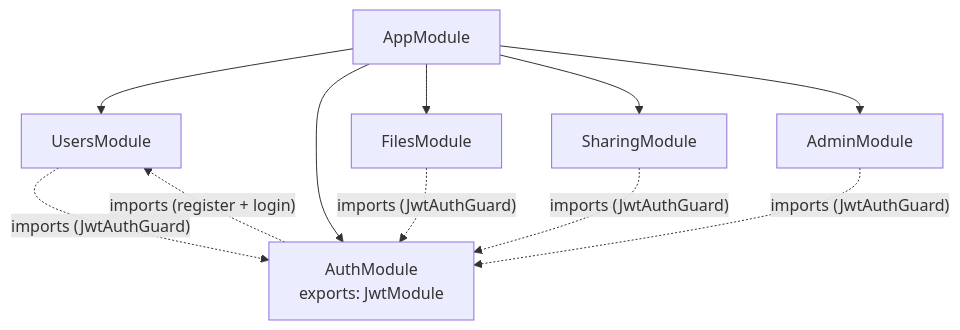
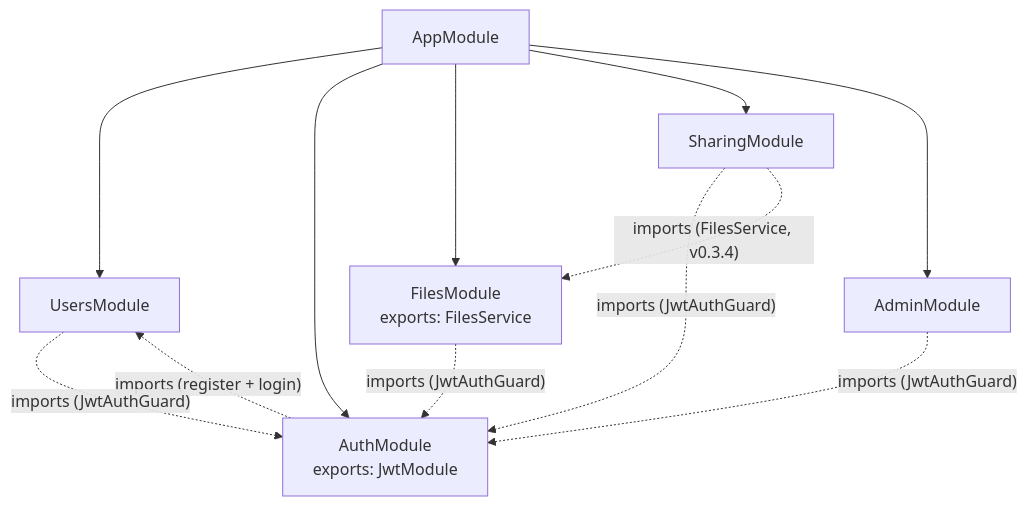
Before and after one commit to KLJr-Dev/KC-Project: the fifth of 5 diagrams in docs/architecture/ARCHITECTURE.md, drawn with Mermaid. The commit also changed other lines of this file and 12 other files, not shown here.

````diff
--- a/docs/architecture/ARCHITECTURE.md
+++ b/docs/architecture/ARCHITECTURE.md
@@ -210,21 +219,22 @@
 ```mermaid
 graph TD
     AppModule["AppModule"]
     UsersModule["UsersModule"]
     AuthModule["AuthModule\nexports: JwtModule"]
-    FilesModule["FilesModule"]
+    FilesModule["FilesModule\nexports: FilesService"]
     SharingModule["SharingModule"]
     AdminModule["AdminModule"]
 
     AppModule --> UsersModule
     AppModule --> AuthModule
     AppModule --> FilesModule
     AppModule --> SharingModule
     AppModule --> AdminModule
 
     AuthModule -.->|"imports (register + login)"| UsersModule
     UsersModule -.->|"imports (JwtAuthGuard)"| AuthModule
     FilesModule -.->|"imports (JwtAuthGuard)"| AuthModule
     SharingModule -.->|"imports (JwtAuthGuard)"| AuthModule
+    SharingModule -.->|"imports (FilesService, v0.3.4)"| FilesModule
     AdminModule -.->|"imports (JwtAuthGuard)"| AuthModule
 ```
````
